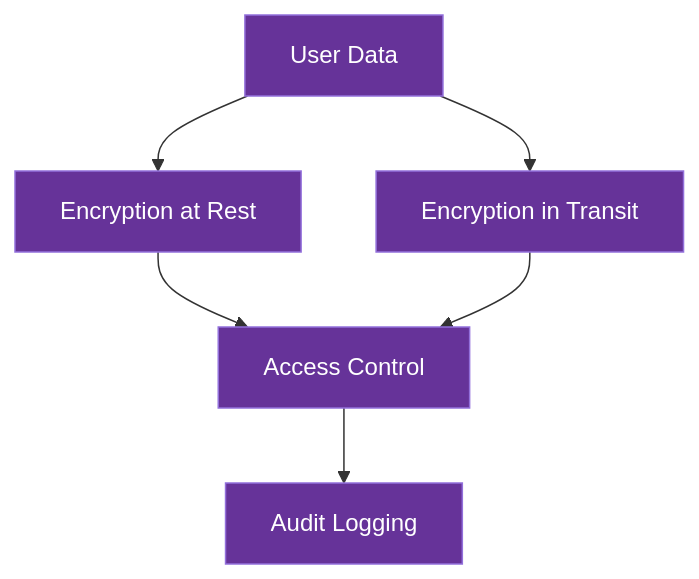
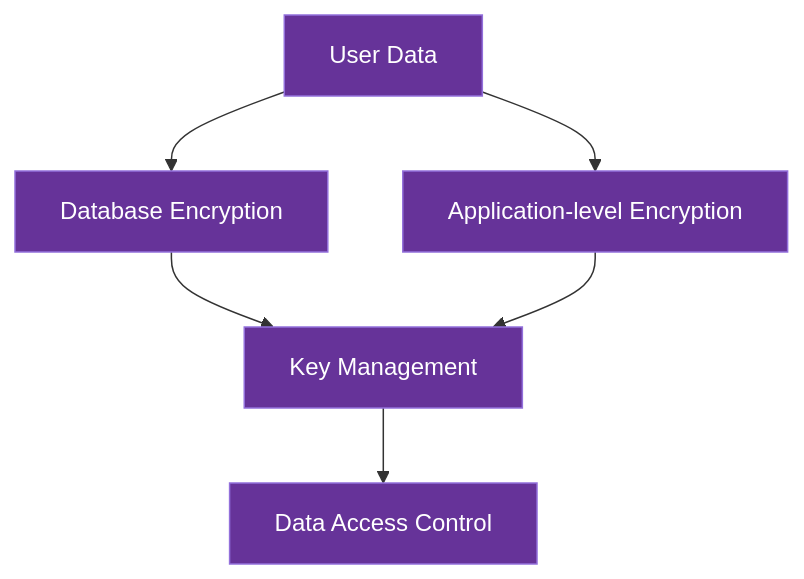
One commit to boeni-industries/aico changed the diagram in docs/architecture/data_security.md. Above: the diagram before and after it, drawn with Mermaid. The commit also changed other lines of this file and 40 other files, not shown here.

Commit message:
docs: add embodiment architecture and restructure core system documentation

````diff
--- a/docs/architecture/data_security.md
+++ b/docs/architecture/data_security.md
@@ -13,11 +13,11 @@
 ```mermaid
 flowchart TD
-    A[User Data] --> B[Encryption at Rest]
-    A --> C[Encryption in Transit]
-    B --> D[Access Control]
+    A[User Data] --> B[Database Encryption]
+    A --> C[Application-level Encryption]
+    B --> D[Key Management]
     C --> D
-    D --> E[Audit Logging]
+    D --> E[Data Access Control]
     
     classDef security fill:#663399,stroke:#9370DB,color:#fff
     class A,B,C,D,E security
 ```
````
